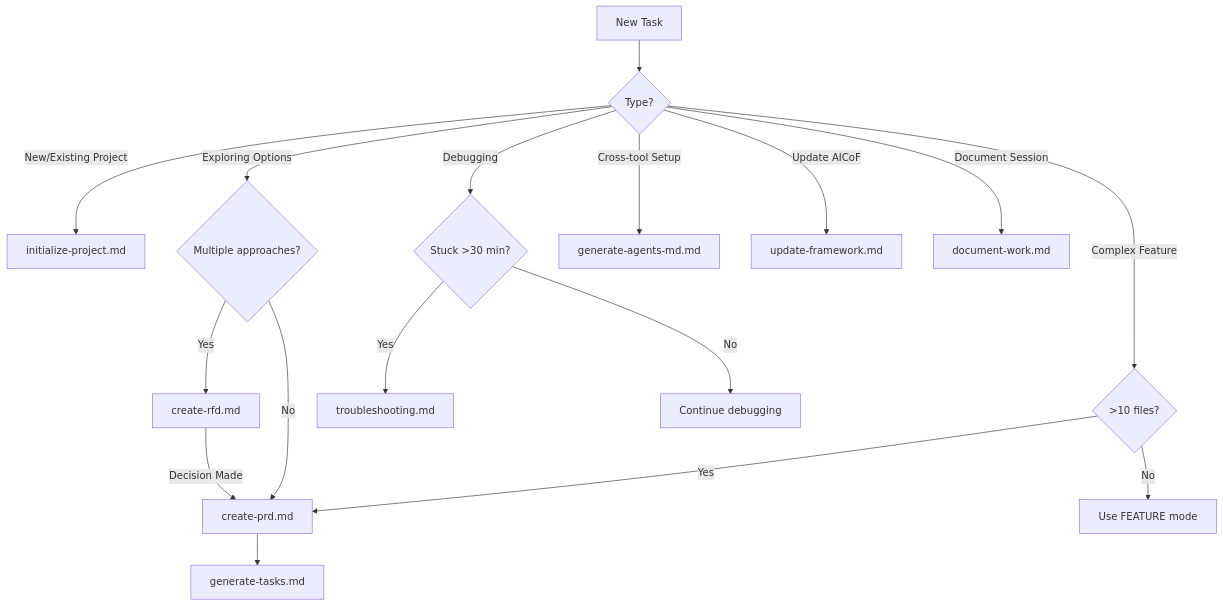
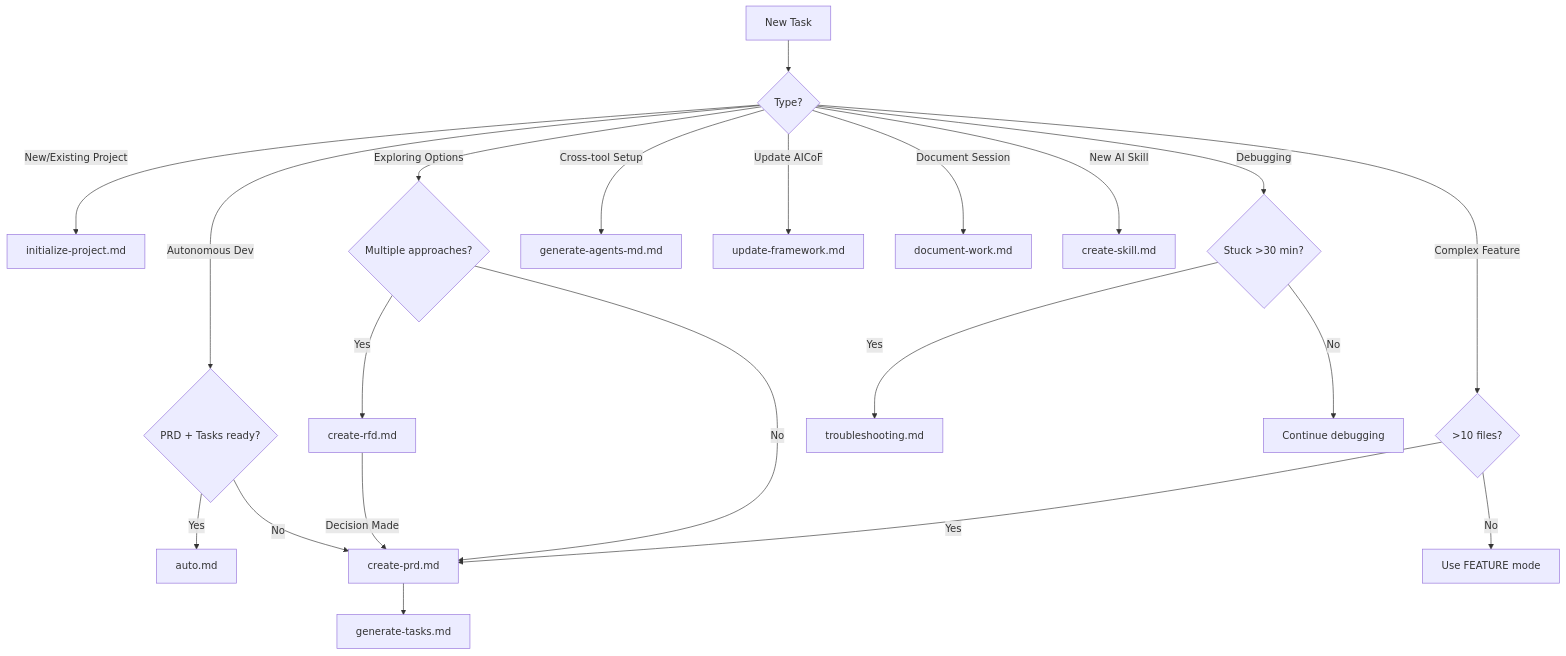
The diagram in docs/workflows/index.md (ar4mirez/samuel), drawn with Mermaid before and after one commit. The commit also changed other lines of this file and 9 other files, not shown here.

````diff
--- a/docs/workflows/index.md
+++ b/docs/workflows/index.md
@@ -69,23 +72,28 @@
 ```mermaid
 graph TD
     A[New Task] --> B{Type?}
 
     B -->|New/Existing Project| C[initialize-project.md]
     B -->|Exploring Options| D{Multiple approaches?}
     B -->|Complex Feature| E{>10 files?}
     B -->|Debugging| F{Stuck >30 min?}
     B -->|Cross-tool Setup| G[generate-agents-md.md]
     B -->|Update AICoF| H[update-framework.md]
     B -->|Document Session| I[document-work.md]
+    B -->|Autonomous Dev| P{PRD + Tasks ready?}
+    B -->|New AI Skill| Q[create-skill.md]
+
+    P -->|Yes| R[auto.md]
+    P -->|No| K
 
     D -->|Yes| J[create-rfd.md]
     J -->|Decision Made| K[create-prd.md]
     D -->|No| K
 
     E -->|Yes| K
     K --> L[generate-tasks.md]
     E -->|No| M[Use FEATURE mode]
 
     F -->|Yes| N[troubleshooting.md]
     F -->|No| O[Continue debugging]
 ```
````
